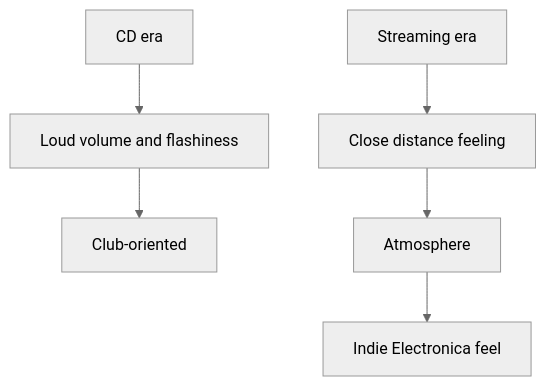
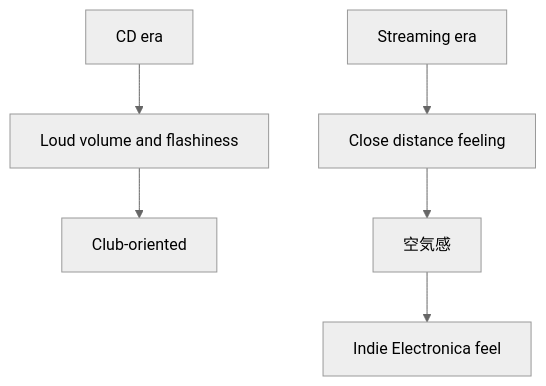
Before and after one commit to monumental-movement/monumental-movement.github.io: the third of 17 diagrams in en/_posts/2026-05-24-column-k-pop-indie-electronica.md, drawn with Mermaid (neutral theme). The commit also changed other lines of this file and 2196 other files, not shown here.

```diff
--- a/en/_posts/2026-05-24-column-k-pop-indie-electronica.md
+++ b/en/_posts/2026-05-24-column-k-pop-indie-electronica.md
@@ -123,9 +123,9 @@
 <div class="mermaid">
 flowchart TD
 A["CD era"] --> B["Loud volume and flashiness"]
 B --> C["Club-oriented"]
 
 D["Streaming era"] --> E["Close distance feeling"]
-E --> F["Atmosphere"]
+E --> F["空気感"]
 F --> G["Indie Electronica feel"]
 </div>
```
